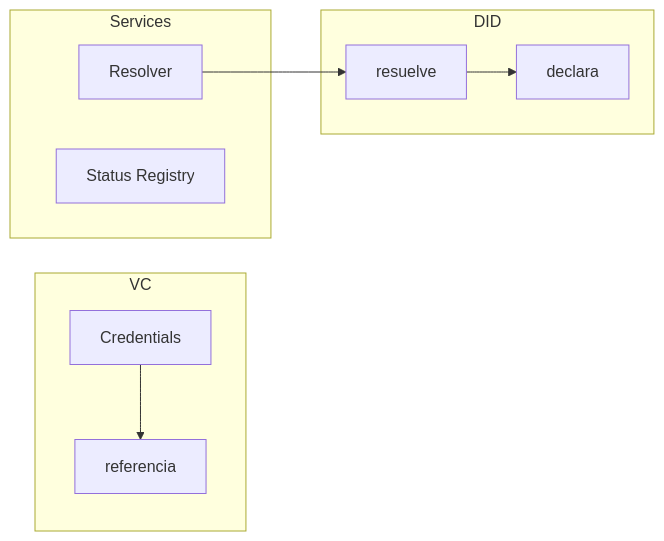
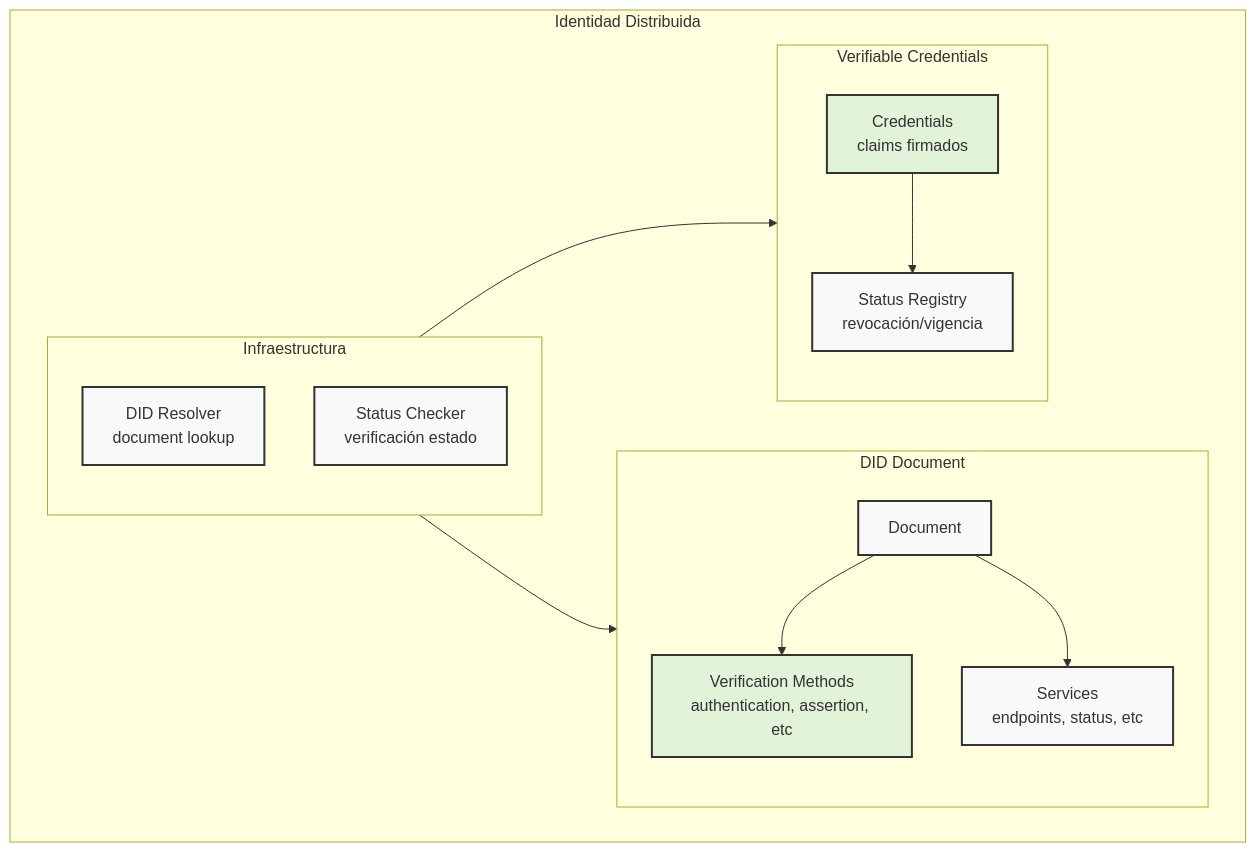
One commit to red-isbe/isbe-contracts changed the first of 6 diagrams in docs/erc-3643/02_patron_identidad_distribuida.md. Above: the diagram before and after it, drawn with Mermaid.

Commit message:
actualizar diagrama componentes

````diff
--- a/docs/erc-3643/02_patron_identidad_distribuida.md
+++ b/docs/erc-3643/02_patron_identidad_distribuida.md
@@ -26,21 +26,32 @@
 ```mermaid
-graph LR
-    subgraph DID
-        Document
-        VerificationMethods[Verification Methods]
+graph TB
+    subgraph "Identidad Distribuida"
+        subgraph DID[DID Document]
+            direction TB
+            Doc[Document]
+            VM[Verification Methods<br/>authentication, assertion, etc]
+            Svc[Services<br/>endpoints, status, etc]
+            Doc --> VM
+            Doc --> Svc
+        end
+        
+        subgraph VCs[Verifiable Credentials]
+            direction TB
+            Cred[Credentials<br/>claims firmados]
+            St[Status Registry<br/>revocación/vigencia]
+            Cred --> St
+        end
+        
+        subgraph Infrastructure[Infraestructura]
+            direction TB
+            Res[DID Resolver<br/>document lookup]
+            StatusCheck[Status Checker<br/>verificación estado]
+            Res --> Doc
+            StatusCheck --> St
+        end
     end
-    
-    subgraph VC
-        Credentials
-        Status
-    end
-    
-    subgraph Services
-        Resolver
-        StatusRegistry[Status Registry]
-    end
-    
-    Document --> VerificationMethods[declara]
-    Credentials --> Status[referencia]
-    Resolver --> Document[resuelve]
+
+    classDef default fill:#f9f9f9,stroke:#333,stroke-width:2px;
+    classDef highlight fill:#e1f3d8,stroke:#333,stroke-width:2px;
+    class Cred,VM highlight
 ```
````
